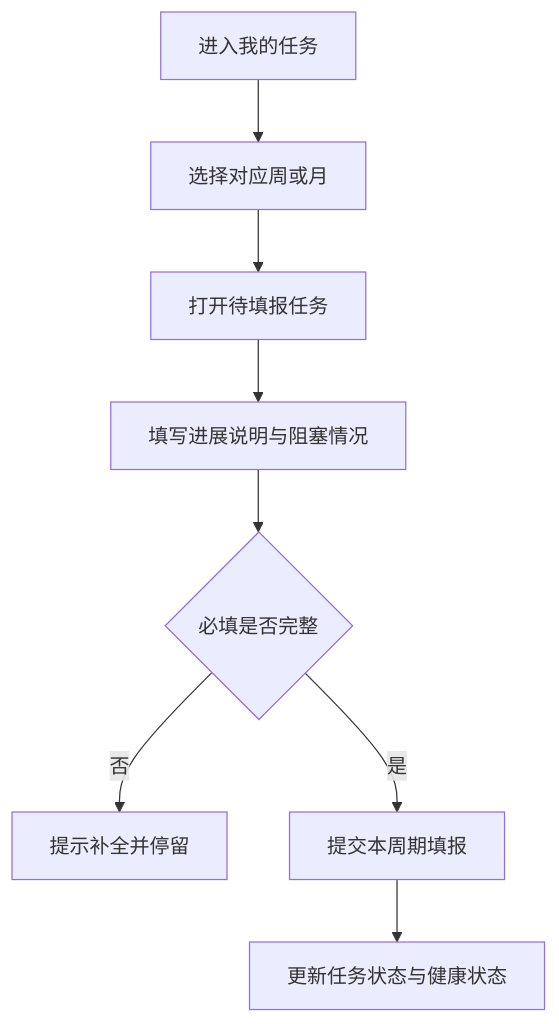
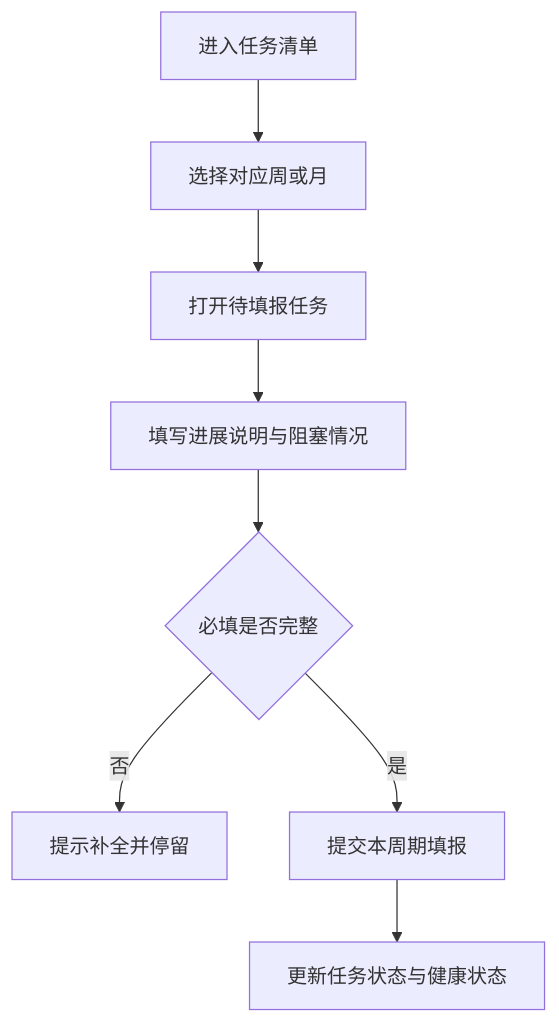
Before and after one commit to liaoliao66/BMS: the third of 8 diagrams in docs/versions/v1.0.0/prd.md, drawn with Mermaid. The commit also changed other lines of this file and 100 other files, not shown here.

````diff
--- a/docs/versions/v1.0.0/prd.md
+++ b/docs/versions/v1.0.0/prd.md
@@ -184,10 +186,10 @@
 ```mermaid
 flowchart TD
-  A[进入我的任务] --> B[选择对应周或月]
+  A[进入任务清单] --> B[选择对应周或月]
   B --> C[打开待填报任务]
   C --> D[填写进展说明与阻塞情况]
   D --> E{必填是否完整}
   E -->|否| F[提示补全并停留]
   E -->|是| G[提交本周期填报]
   G --> H[更新任务状态与健康状态]
 ```
````
